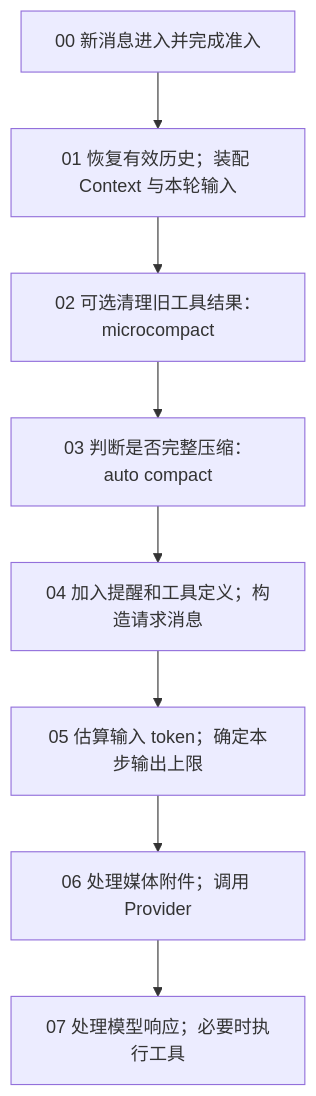
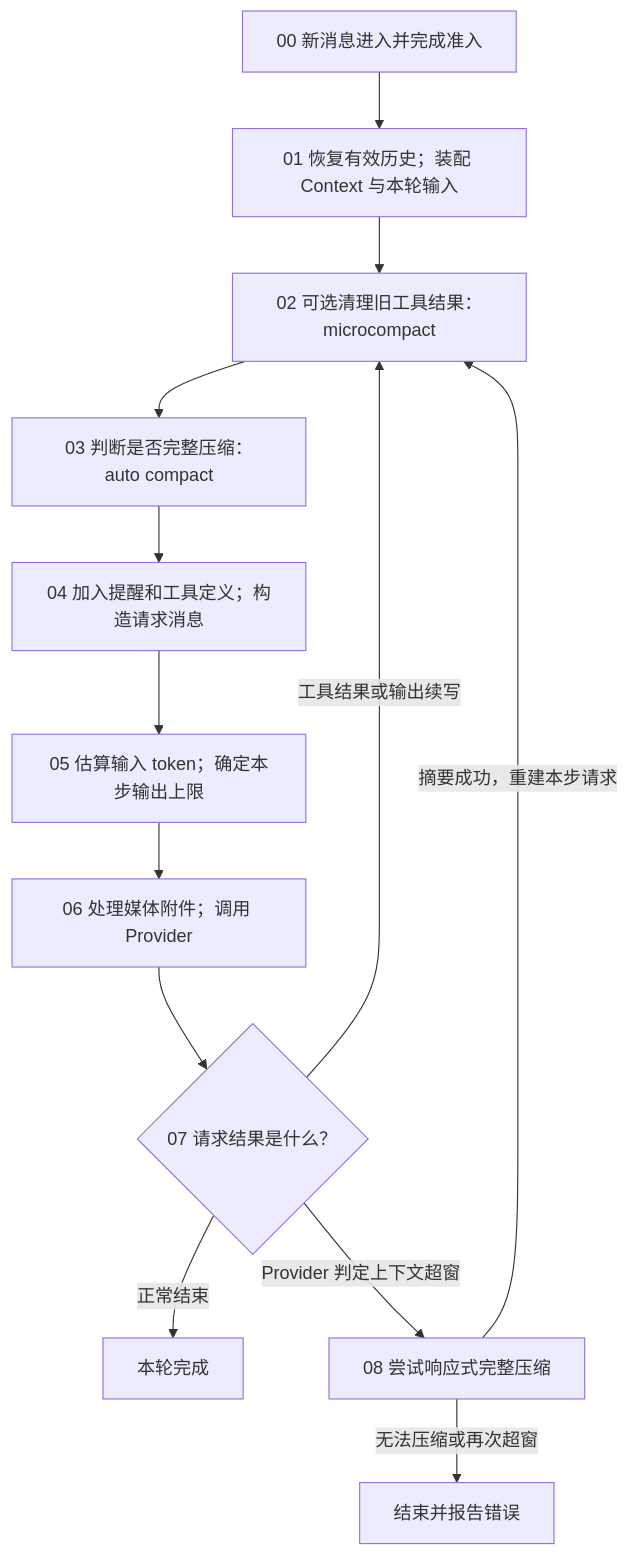
The first of 4 diagrams in research/code-agent/topics/b-context-management.md (tao2years/ZCode_Analysis), drawn with Mermaid before and after one commit. The commit also changed other lines of this file and 9 other files, not shown here.

````diff
--- a/research/code-agent/topics/b-context-management.md
+++ b/research/code-agent/topics/b-context-management.md
@@ -7,10 +7,15 @@
 ```mermaid
 flowchart TD
     S00["00 新消息进入并完成准入"] --> S01["01 恢复有效历史；装配 Context 与本轮输入"]
     S01 --> S02["02 可选清理旧工具结果：microcompact"]
     S02 --> S03["03 判断是否完整压缩：auto compact"]
     S03 --> S04["04 加入提醒和工具定义；构造请求消息"]
     S04 --> S05["05 估算输入 token；确定本步输出上限"]
     S05 --> S06["06 处理媒体附件；调用 Provider"]
-    S06 --> S07["07 处理模型响应；必要时执行工具"]
+    S06 --> S07{"07 请求结果是什么？"}
+    S07 -- 正常结束 --> DONE["本轮完成"]
+    S07 -- 工具结果或输出续写 --> S02
+    S07 -- Provider 判定上下文超窗 --> S08["08 尝试响应式完整压缩"]
+    S08 -- 摘要成功，重建本步请求 --> S02
+    S08 -- 无法压缩或再次超窗 --> ERROR["结束并报告错误"]
 ```
````
